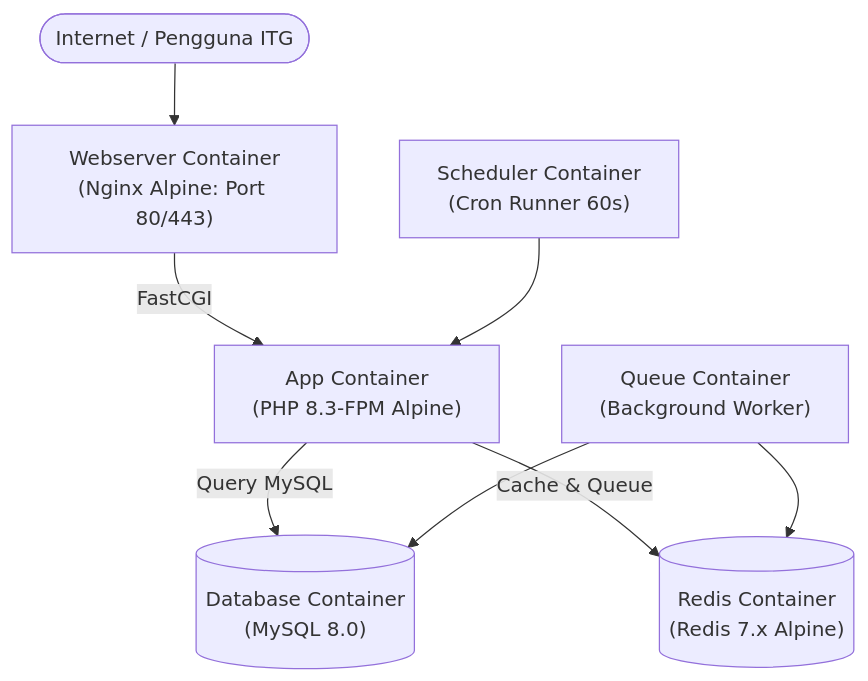
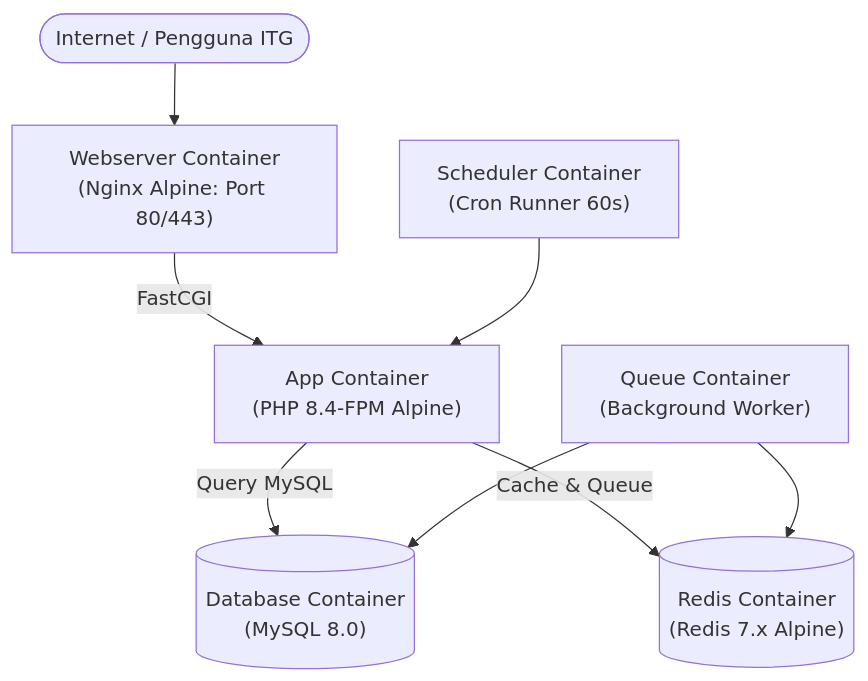
Before and after one commit to rhizu05/SISTEM-ORMAWA-BARU-ITG: the diagram in PRODUCTION_DEPLOYMENT_GUIDE.md, drawn with Mermaid. The commit also changed other lines of this file and 2 other files, not shown here.

Commit message:
ci: perbarui versi PHP ke 8.4 pada workflow CI dan Dockerfile agar kompatibel dengan Symfony 8.1

````diff
--- a/PRODUCTION_DEPLOYMENT_GUIDE.md
+++ b/PRODUCTION_DEPLOYMENT_GUIDE.md
@@ -21,10 +21,10 @@
 ```mermaid
 flowchart TD
     Client(["Internet / Pengguna ITG"]) --> Nginx["Webserver Container<br/>(Nginx Alpine: Port 80/443)"]
-    Nginx -->|FastCGI| App["App Container<br/>(PHP 8.3-FPM Alpine)"]
+    Nginx -->|FastCGI| App["App Container<br/>(PHP 8.4-FPM Alpine)"]
     App -->|Query MySQL| DB[("Database Container<br/>(MySQL 8.0)")]
     App -->|Cache & Queue| Redis[("Redis Container<br/>(Redis 7.x Alpine)")]
     Queue["Queue Container<br/>(Background Worker)"] --> Redis
     Queue --> DB
     Scheduler["Scheduler Container<br/>(Cron Runner 60s)"] --> App
 ```
````
